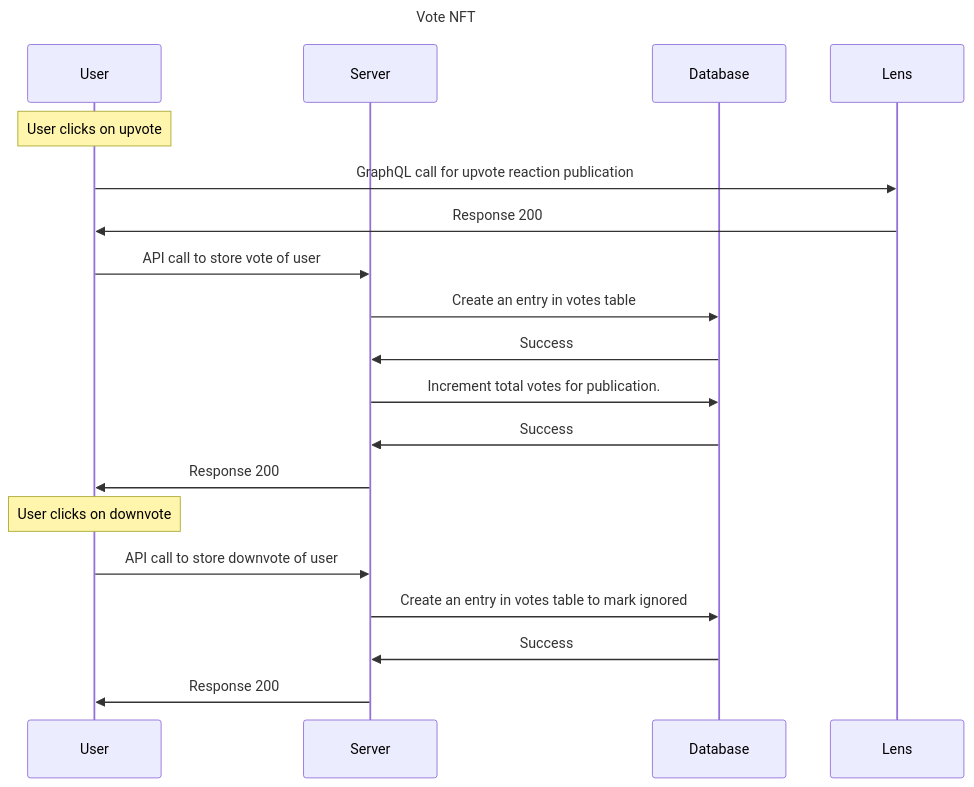
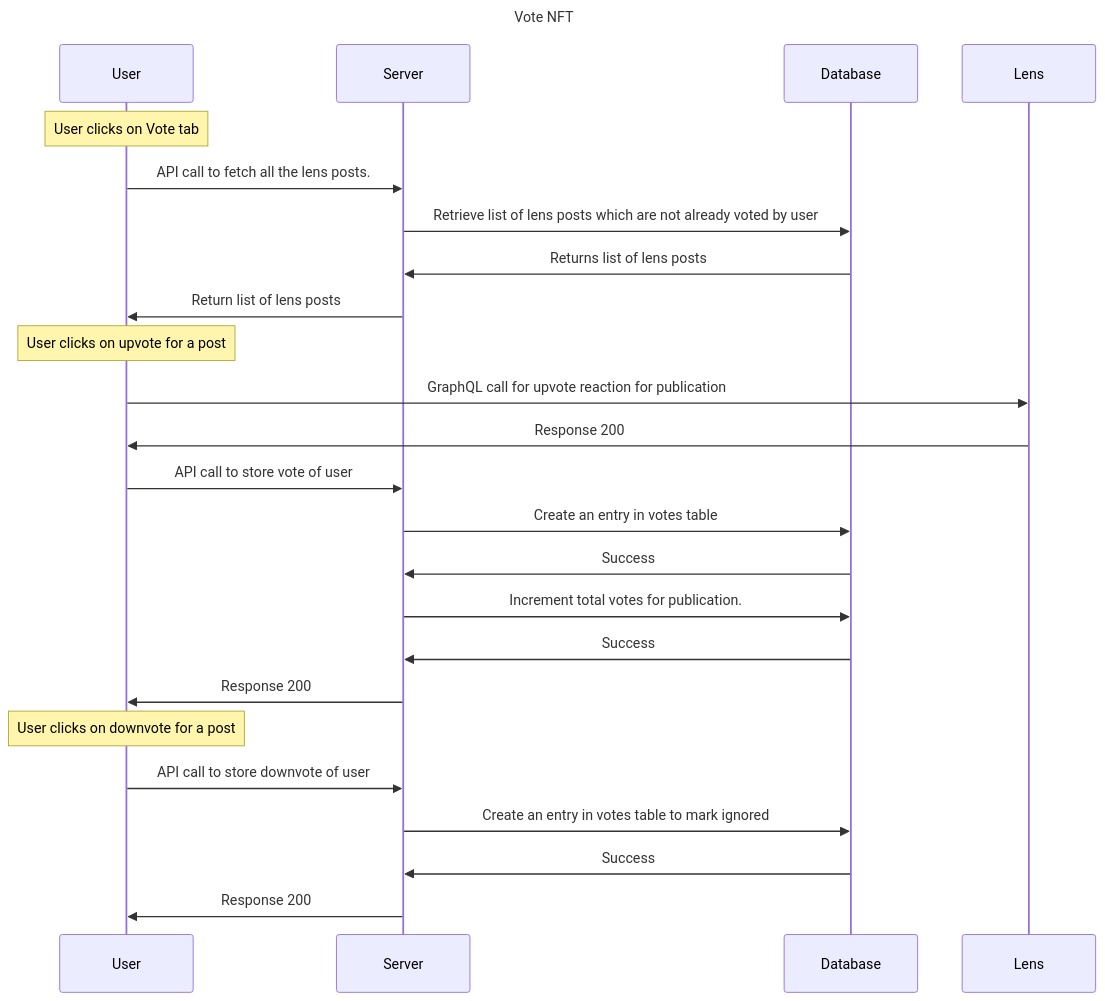
The diagram in docs/sequenceDiagrams/voteNFT.mermaid (NFTorNOT/non-backend), drawn with Mermaid before and after one commit. The commit also changed other lines of this file and 1 other file, not shown here.

Commit message:
Updated Sequence diagrams

```diff
--- a/docs/sequenceDiagrams/voteNFT.mermaid
+++ b/docs/sequenceDiagrams/voteNFT.mermaid
@@ -1,37 +1,33 @@
 %% Documentation: https://github.com/mermaid-js/mermaid
 %% Editor: https://mermaid.live/edit
 
 sequenceDiagram
 title Vote NFT 
 participant User
 participant Server
 participant DB as Database
 participant Lens
 
-Note over User: User clicks on upvote
+note over User: User clicks on Vote tab
+User->>Server: API call to fetch all the lens posts.
+Server->>DB: Retrieve list of lens posts which are not already voted by user
+DB->>Server: Returns list of lens posts
+Server->>User: Return list of lens posts
 
-User->>Lens: GraphQL call for upvote reaction publication
+Note over User: User clicks on upvote for a post
+
+User->>Lens: GraphQL call for upvote reaction for publication
 Lens->>User: Response 200
 User->>Server: API call to store vote of user
 Server->> DB: Create an entry in votes table
 DB->>Server: Success
 Server->>DB: Increment total votes for publication.
 DB->>Server: Success
 Server->>User: Response 200
 
-%% break
-%%   note over Server: If no query result, then log error
-%%   note over Server: If already published
-%% end
-
-Note over User: User clicks on downvote
+Note over User: User clicks on downvote for a post
 
 User->>Server: API call to store downvote of user
 Server->> DB: Create an entry in votes table to mark ignored
 DB->>Server: Success
 Server->>User: Response 200
-
-
-%% break
-%%   note over Server: If error, log error
-%% end
```
